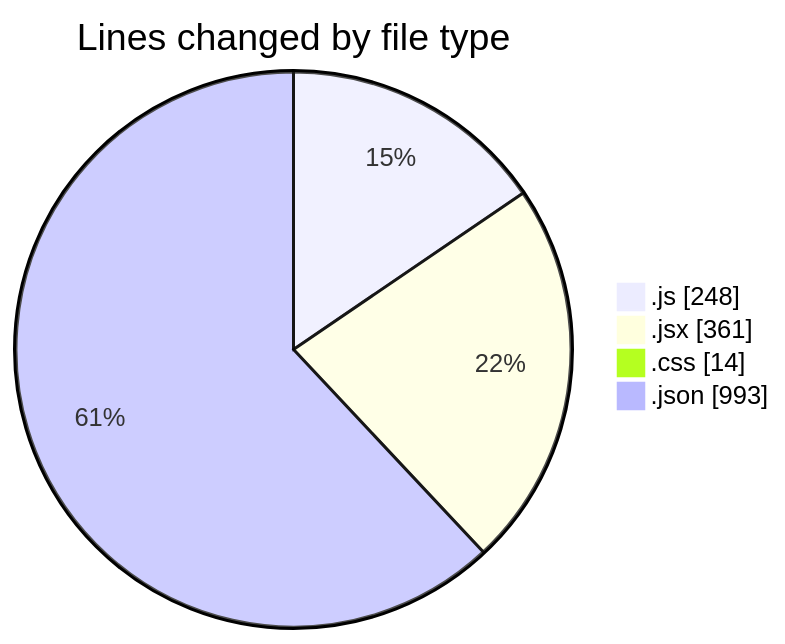
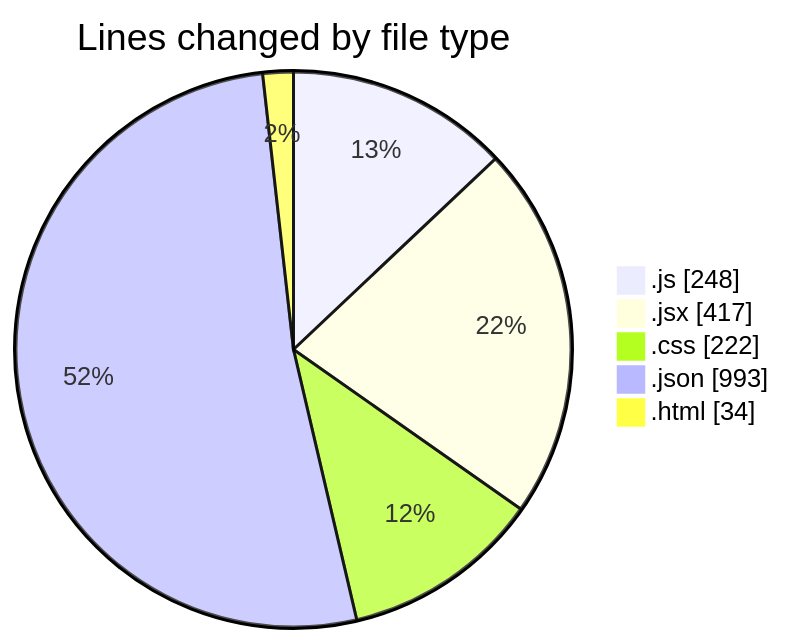
Before and after one commit to Ritupan-Deka/code-tracking: the first of 2 diagrams in 2025-07-01/urlwebwalatask/README.md, drawn with Mermaid. The commit also changed other lines of this file and 1 other file, not shown here.

````diff
--- a/2025-07-01/urlwebwalatask/README.md
+++ b/2025-07-01/urlwebwalatask/README.md
@@ -29,8 +31,9 @@
 ```mermaid
 pie showData
 title Lines changed by file type
 ".js" : 248
-".jsx" : 361
-".css" : 14
+".jsx" : 417
+".css" : 222
 ".json" : 993
+".html" : 34
 ```
````
